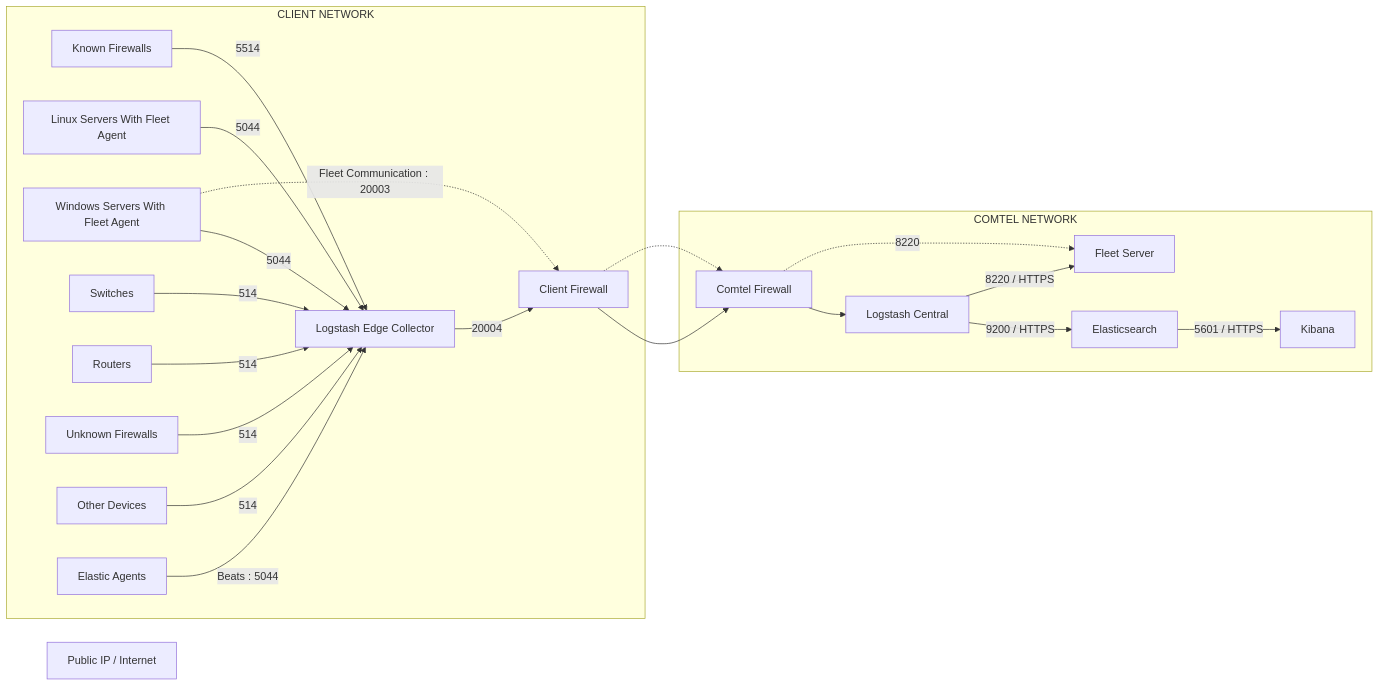
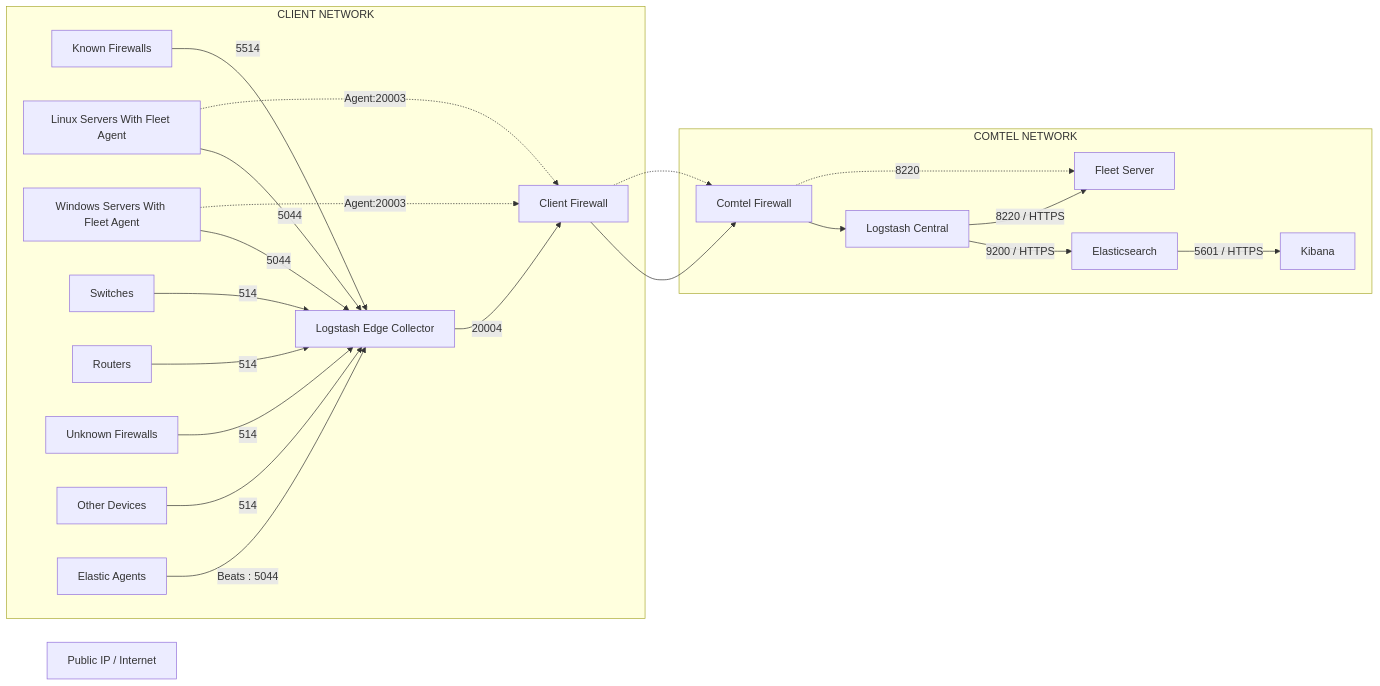
One commit to bhautik-comtel/ELK-config changed the diagram in README.md. Above: the diagram before and after it, drawn with Mermaid.

````diff
--- a/README.md
+++ b/README.md
@@ -20,70 +20,71 @@
 ```mermaid
 flowchart LR
 
 %% =========================
 %% CLIENT NETWORK
 %% =========================
 subgraph CLIENT["CLIENT NETWORK"]
 
     KFW["Known Firewalls"]
     LNX["Linux Servers With Fleet Agent"]
     WIN["Windows Servers With Fleet Agent"]
     SW["Switches"]
     RTR["Routers"]
     FW["Unknown Firewalls"]
     OTH["Other Devices"]
 
     AGENT["Elastic Agents"]
 
     EDGE["Logstash Edge Collector"]
 
     FW --  "514" --> EDGE
     KFW -- "5514" --> EDGE
     LNX -- "5044" --> EDGE
     WIN -- "5044" --> EDGE
     SW --  "514" --> EDGE
     RTR -- "514" --> EDGE
     OTH -- "514" --> EDGE
 
     AGENT -- "Beats : 5044" --> EDGE
 
     CFW["Client Firewall"]
 
     EDGE -- "20004" --> CFW
 end
 
 %% =========================
 %% WAN / INTERNET
 %% =========================
 
 INET["Public IP / Internet"]
 
 %% =========================
 %% COMTEL NETWORK
 %% =========================
 subgraph COMTEL["COMTEL NETWORK"]
 
     COMFW["Comtel Firewall"]
 
     CENTRAL["Logstash Central"]
 
     ES["Elasticsearch"]
 
     KB["Kibana"]
 
     FLEET["Fleet Server"]
 
     COMFW --> CENTRAL
 
     CENTRAL -- "9200 / HTTPS" --> ES
 
     ES -- "5601 / HTTPS" --> KB
 
     CENTRAL -- "8220 / HTTPS" --> FLEET
 end
 
 CFW --> COMFW
 
-WIN -. "Fleet Communication : 20003" .-> CFW
+WIN -. "Agent:20003" .-> CFW
+LNX -. "Agent:20003" .-> CFW
 CFW -.-> COMFW -."8220".-> FLEET
 ```
````
